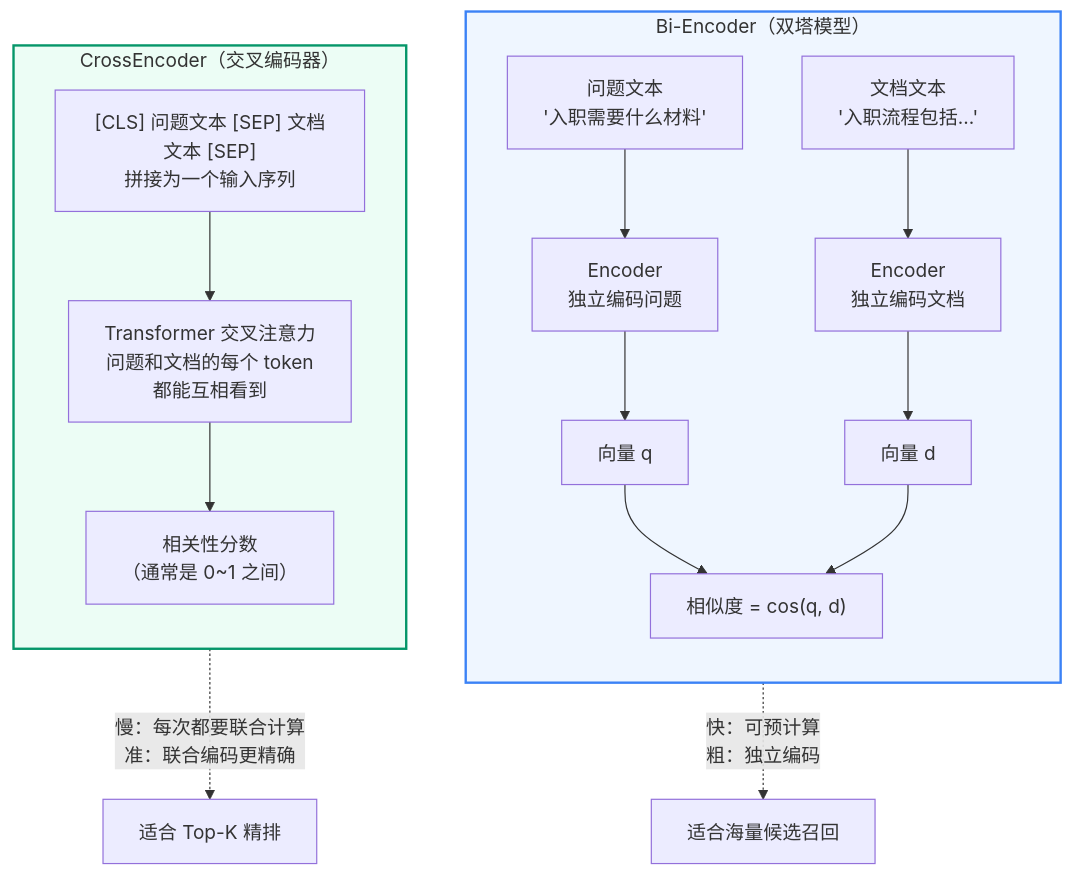
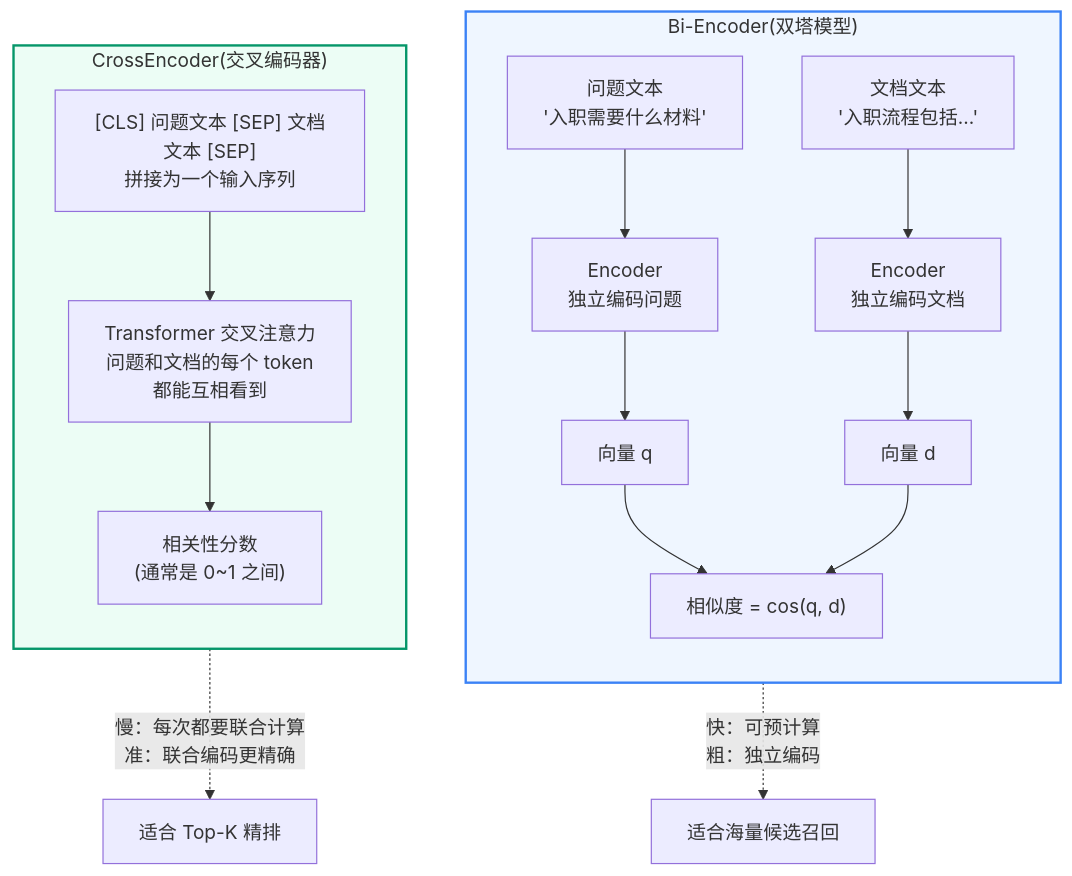
The second of 4 diagrams in RAG/retrieval/cross-encoder-reranker.mdx (VectorPeak/VectorPeakBlogs), drawn with Mermaid before and after one commit. The commit also changed other lines of this file and 35 other files, not shown here.

````diff
--- a/RAG/retrieval/cross-encoder-reranker.mdx
+++ b/RAG/retrieval/cross-encoder-reranker.mdx
@@ -77,31 +77,31 @@
 ```mermaid
 flowchart TD
-    subgraph BiEncoder["Bi-Encoder（双塔模型）"]
+    subgraph BiEncoder["Bi-Encoder(双塔模型)"]
         direction TB
         BE_Q["问题文本<br/>'入职需要什么材料'"]
         BE_D["文档文本<br/>'入职流程包括...'"]
         BE_EncQ["Encoder<br/>独立编码问题"]
         BE_EncD["Encoder<br/>独立编码文档"]
         BE_VecQ["向量 q"]
         BE_VecD["向量 d"]
         BE_Score["相似度 = cos(q, d)"]
 
         BE_Q --> BE_EncQ --> BE_VecQ --> BE_Score
         BE_D --> BE_EncD --> BE_VecD --> BE_Score
     end
 
-    subgraph CrossEncoder["CrossEncoder（交叉编码器）"]
+    subgraph CrossEncoder["CrossEncoder(交叉编码器)"]
         direction TB
         CE_Input["[CLS] 问题文本 [SEP] 文档文本 [SEP]<br/>拼接为一个输入序列"]
         CE_Model["Transformer 交叉注意力<br/>问题和文档的每个 token<br/>都能互相看到"]
-        CE_Output["相关性分数<br/>（通常是 0~1 之间）"]
+        CE_Output["相关性分数<br/>(通常是 0~1 之间)"]
 
         CE_Input --> CE_Model --> CE_Output
     end
 
     BiEncoder -.->|"快：可预计算<br/>粗：独立编码"| BiNote["适合海量候选召回"]
     CrossEncoder -.->|"慢：每次都要联合计算<br/>准：联合编码更精确"| CENote["适合 Top-K 精排"]
 
     style BiEncoder fill:#EFF6FF,stroke:#3B82F6,stroke-width:2px
     style CrossEncoder fill:#ECFDF5,stroke:#059669,stroke-width:2px
 ```
````
